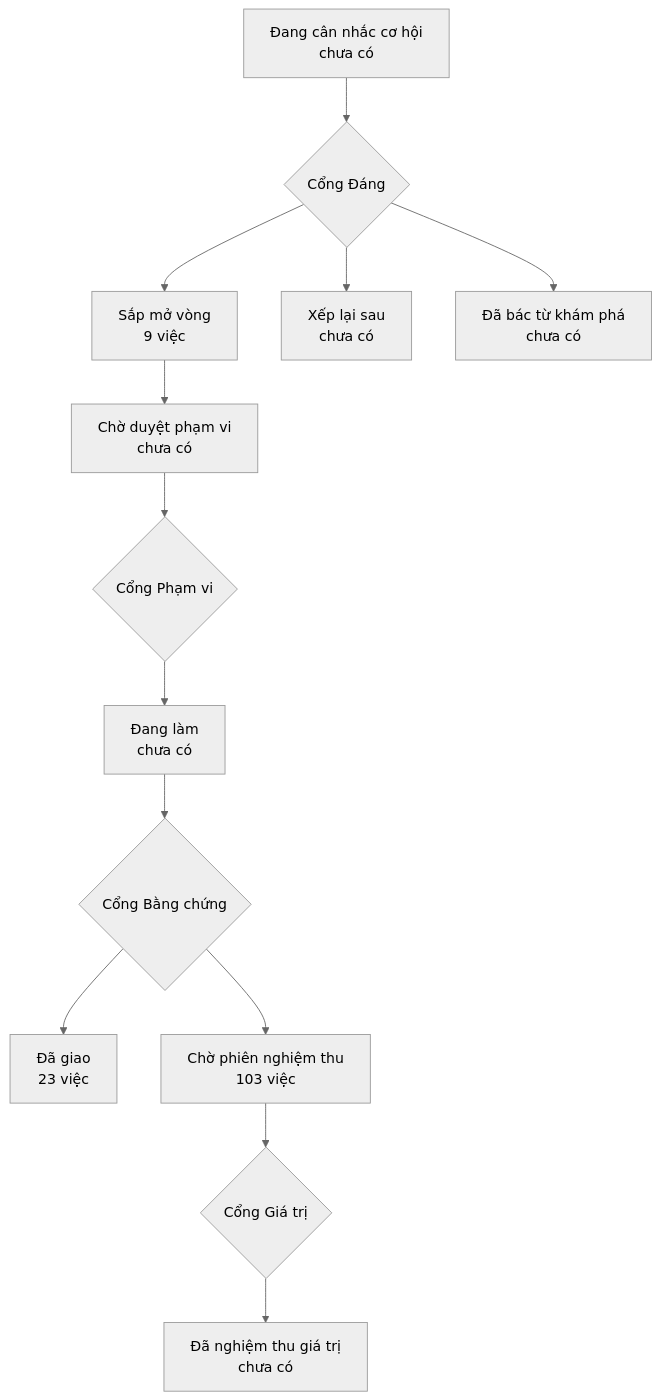
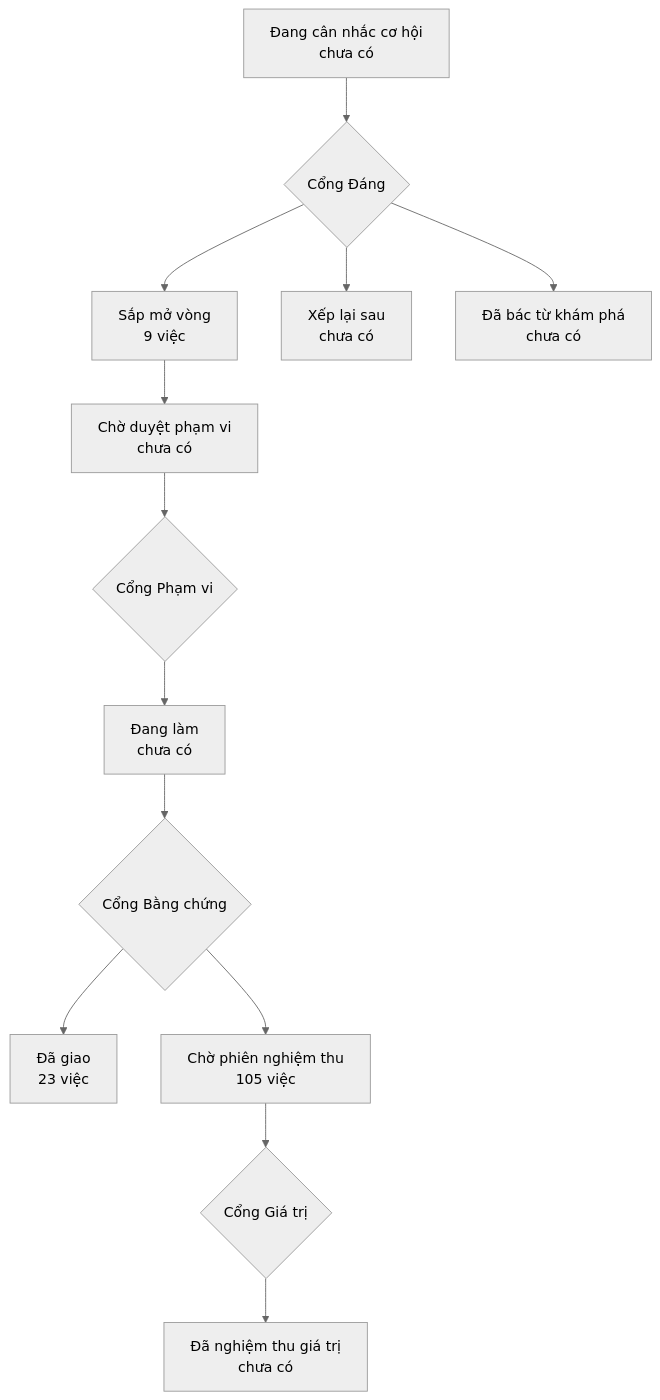
Before and after one commit to phanlemanh/onehub-quy-hang: the diagram in PRODUCT-MAP.md, drawn with Mermaid (neutral theme). The commit also changed other lines of this file and 1 other file, not shown here.

Commit message:
chore: vẽ lại bản đồ sản phẩm và lộ trình sau gộp main

````diff
--- a/PRODUCT-MAP.md
+++ b/PRODUCT-MAP.md
@@ -7,12 +7,12 @@
 ```mermaid
 flowchart TD
   A["Đang cân nhắc cơ hội<br/>chưa có"] --> GD{"Cổng Đáng"}
   GD --> B["Sắp mở vòng<br/>9 việc"]
   GD --> XL["Xếp lại sau<br/>chưa có"]
   GD --> DB["Đã bác từ khám phá<br/>chưa có"]
   B --> CD["Chờ duyệt phạm vi<br/>chưa có"] --> GP{"Cổng Phạm vi"}
   GP --> DL["Đang làm<br/>chưa có"] --> GB{"Cổng Bằng chứng"}
   GB --> DG["Đã giao<br/>23 việc"]
-  GB --> CN["Chờ phiên nghiệm thu<br/>103 việc"] --> GG{"Cổng Giá trị"}
+  GB --> CN["Chờ phiên nghiệm thu<br/>105 việc"] --> GG{"Cổng Giá trị"}
   GG --> NT["Đã nghiệm thu giá trị<br/>chưa có"]
 ```
````
